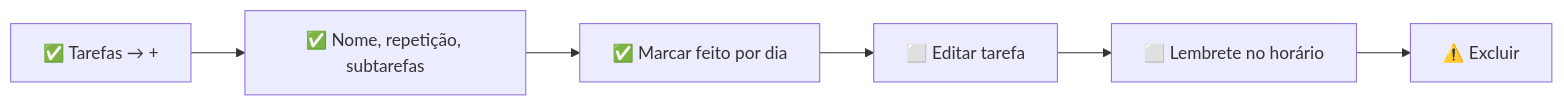
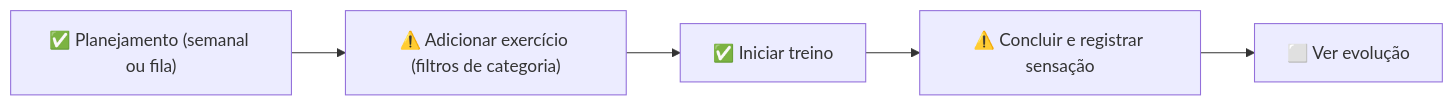
The fifth of 7 diagrams in audit/analysis.md (willians-e-silva/treina), drawn with Mermaid before and after one commit. The commit also changed other lines of this file and 22 other files, not shown here.

````diff
--- a/audit/analysis.md
+++ b/audit/analysis.md
@@ -1988,14 +2116,12 @@
 ```mermaid
 flowchart LR
-  s0["✅ Tarefas → +"]
-  s1["✅ Nome, repetição, subtarefas"]
+  s0["✅ Planejamento (semanal ou fila)"]
+  s1["⚠️ Adicionar exercício (filtros de categoria)"]
   s0 --> s1
-  s2["✅ Marcar feito por dia"]
+  s2["✅ Iniciar treino"]
   s1 --> s2
-  s3["⬜ Editar tarefa"]
+  s3["⚠️ Concluir e registrar sensação"]
   s2 --> s3
-  s4["⬜ Lembrete no horário"]
+  s4["⬜ Ver evolução"]
   s3 --> s4
-  s5["⚠️ Excluir"]
-  s4 --> s5
 ```
````
